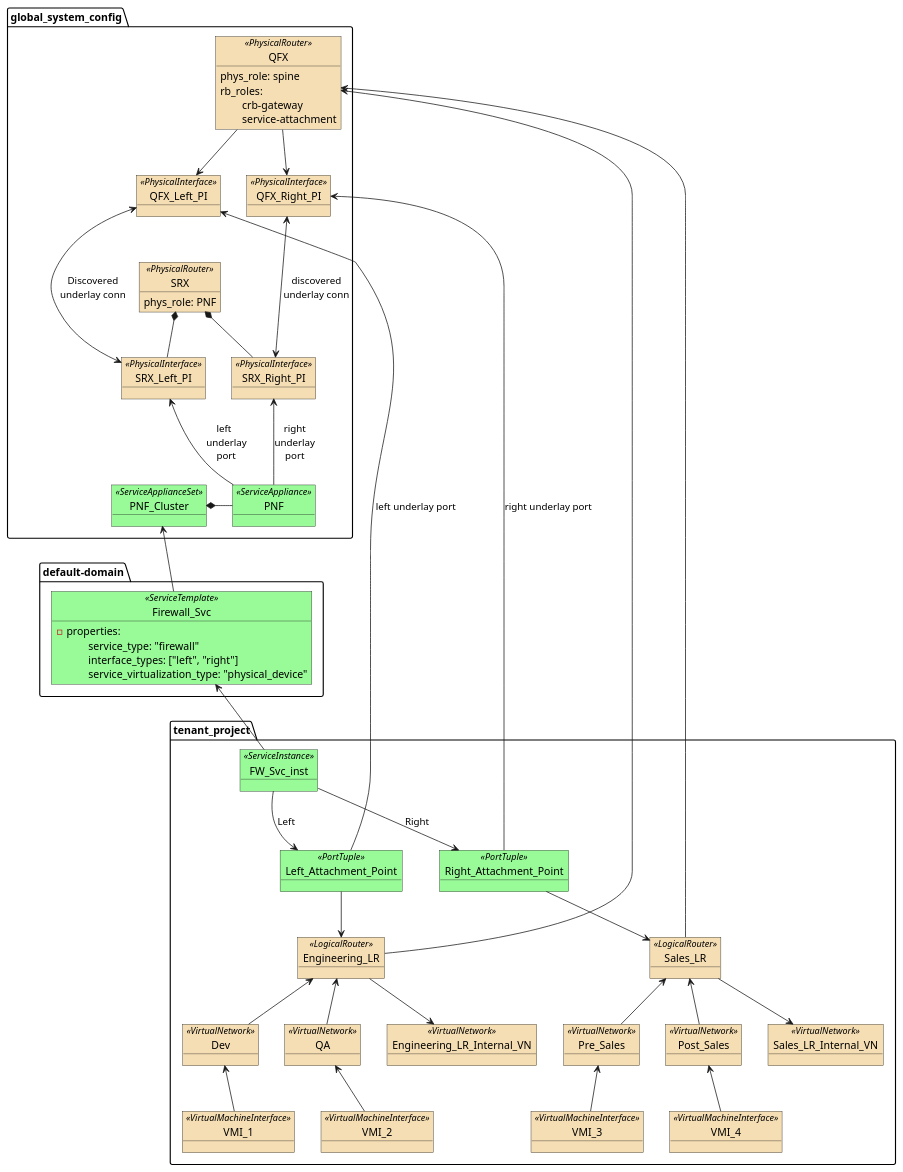
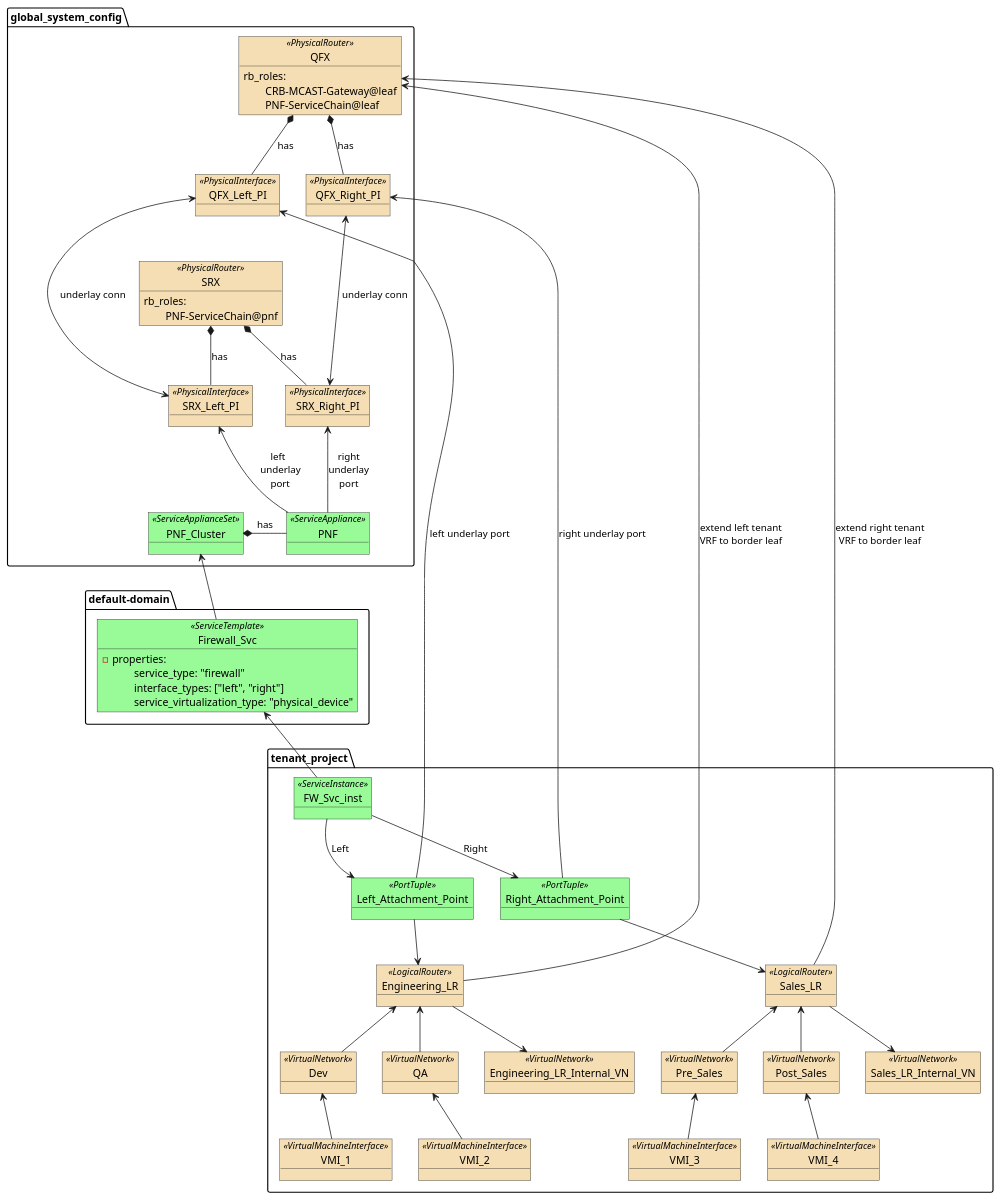
Before and after one commit to jnpr-tjiang/cfm-data-model: the diagram in 5.1-data-model/pnf-chaining-data-model-03.puml, drawn with PlantUML. The commit also changed 13 other files, not shown here.

Commit message:
pnf service chain call flow

```diff
--- a/5.1-data-model/pnf-chaining-data-model-03.puml
+++ b/5.1-data-model/pnf-chaining-data-model-03.puml
@@ -1,161 +1,161 @@
 @startuml
 
 skinparam object {
 	BackgroundColor PaleGreen
 	BackgroundColor<<PhysicalRouter>> Wheat
 	BackgroundColor<<PhysicalInterface>> Wheat
 	BackgroundColor<<LogicalRouter>> Wheat
 	BackgroundColor<<VirtualNetwork>> Wheat
 	BackgroundColor<<VirtualMachineInterface>> Wheat
 }
 
 package default-domain {
     object Firewall_Svc<<ServiceTemplate>> {
         - properties:
             \tservice_type: "firewall"
             \tinterface_types: ["left", "right"]
             \tservice_virtualization_type: "physical_device"
     }
 }
 
 package global_system_config {
 
     object SRX<<PhysicalRouter>> {
-        phys_role: PNF
+        rb_roles:
+        \tPNF-ServiceChain@pnf
     }
 
     object SRX_Left_PI<<PhysicalInterface>> {
     }
 
     object SRX_Right_PI<<PhysicalInterface>> {
     }
 
     object PNF_Cluster<<ServiceApplianceSet>> {
     }
 
     object PNF<<ServiceAppliance>> {
     }
 
     object QFX<<PhysicalRouter>> {
-        phys_role: spine
         rb_roles:
-            \tcrb-gateway
-            \tservice-attachment
+            \tCRB-MCAST-Gateway@leaf
+            \tPNF-ServiceChain@leaf
     }
 
     object QFX_Left_PI<<PhysicalInterface>> {
     }
 
     object QFX_Right_PI<<PhysicalInterface>> {
     }
 
-    SRX *-- SRX_Left_PI
-    SRX *-- SRX_Right_PI
+    SRX *-- SRX_Left_PI: has
+    SRX *-- SRX_Right_PI: has
 
-    QFX --> QFX_Left_PI
-    QFX --> QFX_Right_PI
+    QFX *-- QFX_Left_PI: has
+    QFX *-- QFX_Right_PI: has
 
-    QFX_Left_PI <---> SRX_Left_PI: Discovered\nunderlay conn
-    QFX_Right_PI <---> SRX_Right_PI: discovered\nunderlay conn
+    QFX_Left_PI <---> SRX_Left_PI: underlay conn
+    QFX_Right_PI <---> SRX_Right_PI: underlay conn
 
 
-    PNF_Cluster *- PNF
+    PNF_Cluster *- PNF: has
     SRX_Left_PI <-- PNF: "left\t\t\nunderlay\t\t\nport\t\t"
     SRX_Right_PI <-- PNF: right\nunderlay\nport
 }
 
 package tenant_project {
     object FW_Svc_inst<<ServiceInstance>> {
 
     }
 
     object Engineering_LR<<LogicalRouter>> {
     }
 
     object Sales_LR<<LogicalRouter>> {
     }
 
     object Dev<<VirtualNetwork>> {
     }
 
     object QA<<VirtualNetwork>> {
     }
 
     object Pre_Sales<<VirtualNetwork>> {
     }
 
     object Post_Sales<<VirtualNetwork>> {
     }
 
     object Engineering_LR_Internal_VN<<VirtualNetwork>> {
     }
 
     object Sales_LR_Internal_VN<<VirtualNetwork>> {
     }
 
     object Left_Attachment_Point<<PortTuple>> {
     }
 
     object Right_Attachment_Point<<PortTuple>> {
     }
 
     object VMI_1<<VirtualMachineInterface>> {
     }
 
     object VMI_2<<VirtualMachineInterface>> {
     }
 
     object VMI_3<<VirtualMachineInterface>> {
     }
 
     object VMI_4<<VirtualMachineInterface>> {
     }
 
     Dev <-- VMI_1
     QA <-- VMI_2
     Pre_Sales <-- VMI_3
     Post_Sales <-- VMI_4
 
     Engineering_LR <-- Dev
     Engineering_LR <-- QA
     Engineering_LR --> Engineering_LR_Internal_VN
 
     Sales_LR <-- Pre_Sales
     Sales_LR <-- Post_Sales
     Sales_LR --> Sales_LR_Internal_VN
 
     FW_Svc_inst --> Left_Attachment_Point: Left
     FW_Svc_inst --> Right_Attachment_Point: Right
 
     Left_Attachment_Point --> Engineering_LR
     Right_Attachment_Point --> Sales_LR
 }
 
 PNF_Cluster <-- Firewall_Svc
 Firewall_Svc <-- FW_Svc_inst
-QFX <-- Engineering_LR
-QFX <-- Sales_LR
+QFX <-- Engineering_LR: extend left tenant\nVRF to border leaf
+QFX <-- Sales_LR: extend right tenant\nVRF to border leaf
 QFX_Left_PI <-- Left_Attachment_Point: left underlay port
 QFX_Right_PI <-- Right_Attachment_Point: right underlay port
 
 'hide PNF
 'hide PNF_Cluster
 'hide Firewall_Svc
 hide FW_Svc_inst
 hide Left_Attachment_Point
 hide Right_Attachment_Point
 
 'hide Dev
 'hide QA
 'hide Pre_Sales
 'hide Post_Sales
 'hide Engineering_LR
 'hide Sales_LR
 'hide VMI_1
 'hide VMI_2
 'hide VMI_3
 'hide VMI_4
 'hide Sales_LR_Internal_VN
 'hide Engineering_LR_Internal_VN
 
 @enduml
```
